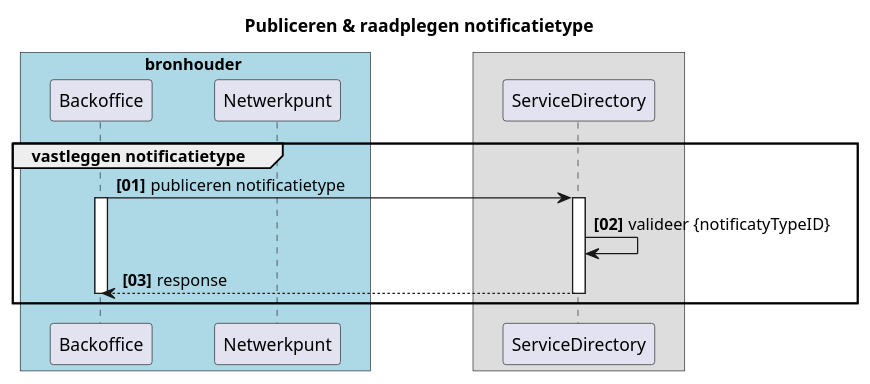
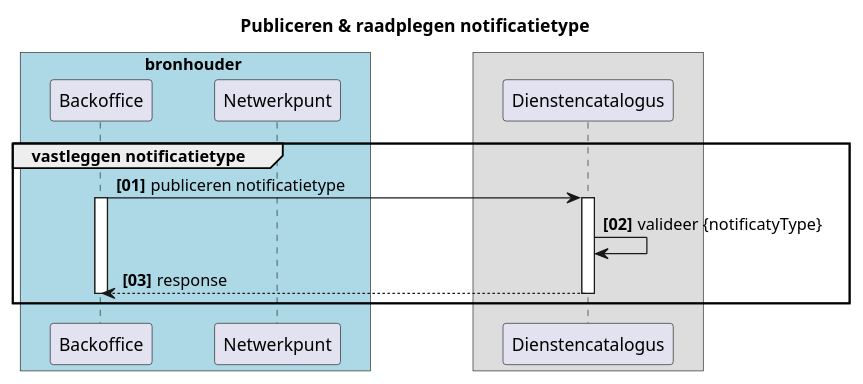
Before and after one commit to iStandaarden/iWlz-RequestForComment: the second of 2 diagrams in RFC/RFC0024 - Opslag iWlz Notificatietypen in dienstencatalogus.md, drawn with PlantUML. The commit also changed other lines of this file and 3 other files, not shown here.

Commit message:
dienstencatalogus rfc0024

````diff
--- a/RFC/RFC0024 - Opslag iWlz Notificatietypen in dienstencatalogus.md
+++ b/RFC/RFC0024 - Opslag iWlz Notificatietypen in dienstencatalogus.md
@@ -129,30 +129,30 @@
   ```plantuml
-  @startuml rfc0016-02-publiceren_notificatietype
+  @startuml rfc0024-02-publiceren_notificatietype
   title Publiceren & raadplegen notificatietype
 
   skinparam handwritten false
   skinparam participantpadding 20
   skinparam boxpadding 40
   autonumber "<b>[00]"
   box bronhouder #lightblue
   participant "Backoffice" as bs
   participant "Netwerkpunt" as npb
   end box
 
   box 
-  participant "ServiceDirectory" as sd
+  participant "Dienstencatalogus" as sd
   end box
 
   box deelnemer #lightyellow
   end box
   
   group vastleggen notificatietype
     bs -> sd : publiceren notificatietype
     activate bs
     activate sd
-    sd -> sd: valideer {notificatyTypeID}
+    sd -> sd: valideer {notificatyType}
     return response
     deactivate bs
   end
   @enduml
   ```
````
